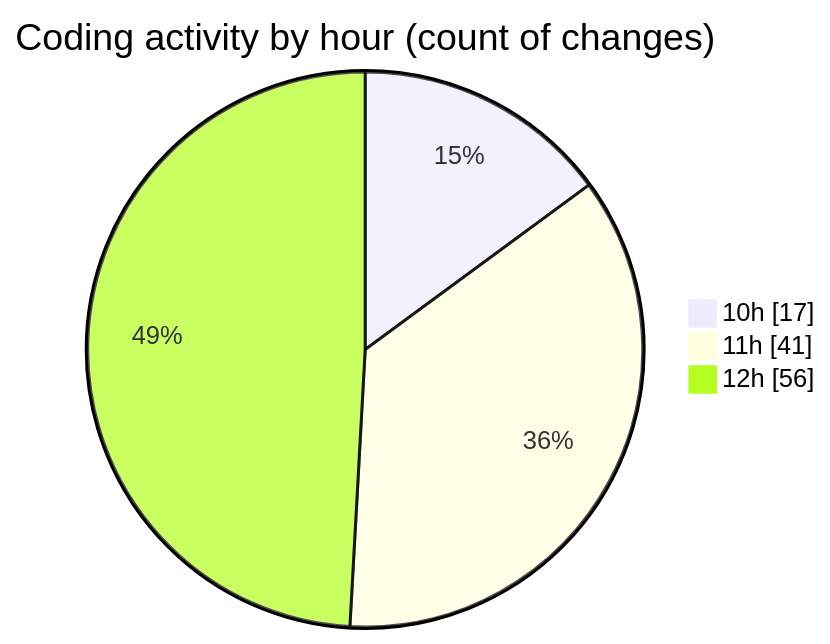
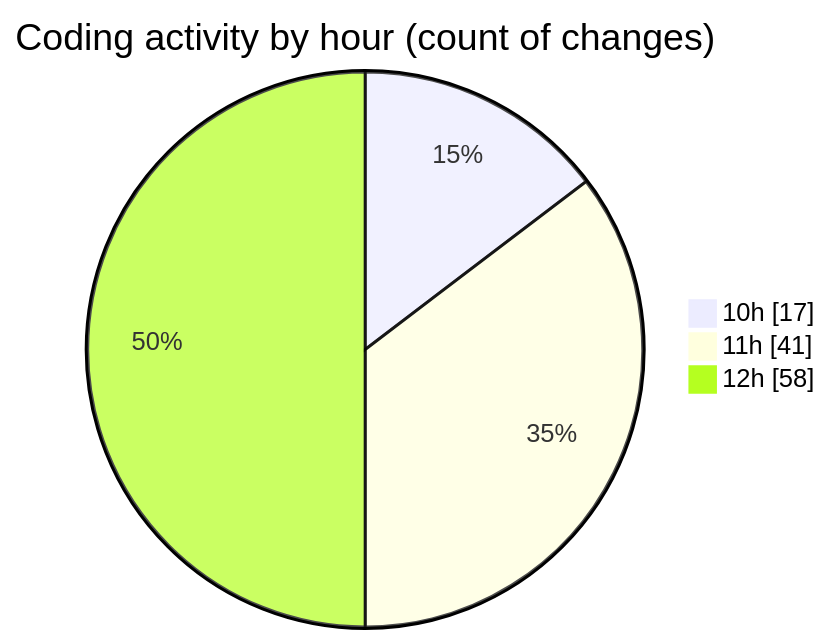
Before and after one commit to momahboobian/code-tracking: the second of 2 diagrams in 2025-10-06/cda/README.md, drawn with Mermaid. The commit also changed other lines of this file and 1 other file, not shown here.

````diff
--- a/2025-10-06/cda/README.md
+++ b/2025-10-06/cda/README.md
@@ -33,7 +33,7 @@
 ```mermaid
 pie showData
 title Coding activity by hour (count of changes)
 "10h" : 17
 "11h" : 41
-"12h" : 56
+"12h" : 58
 ```
````
